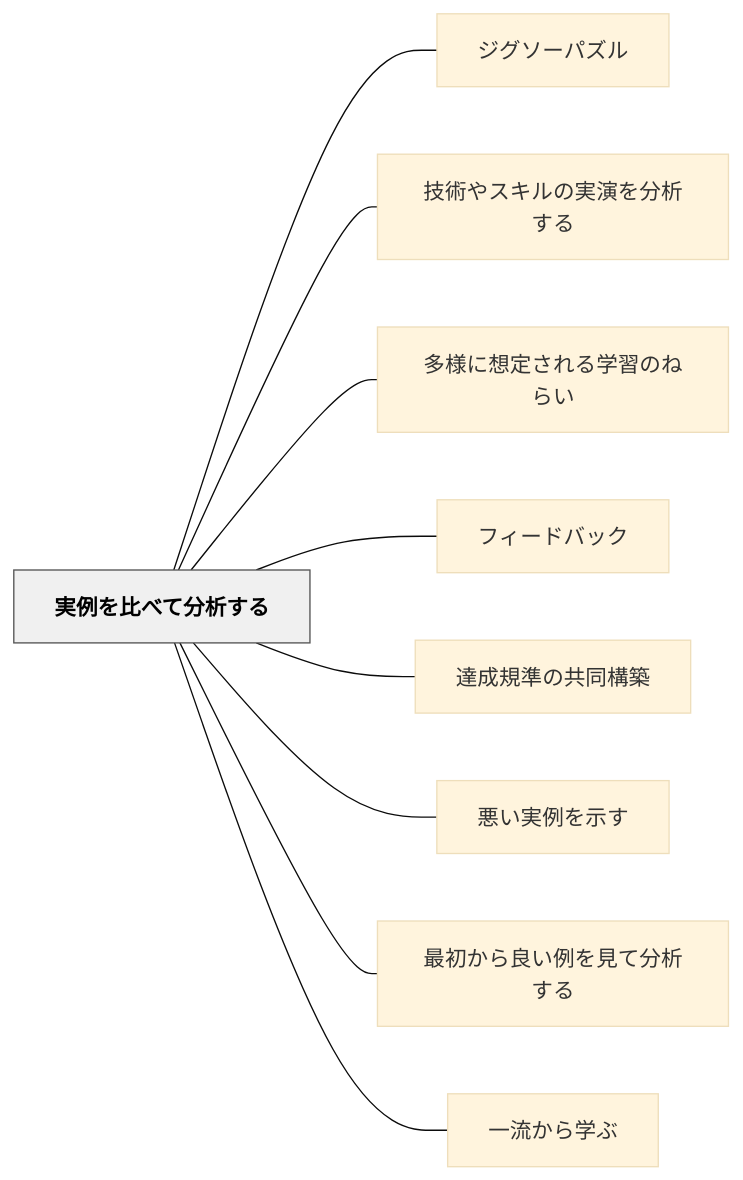
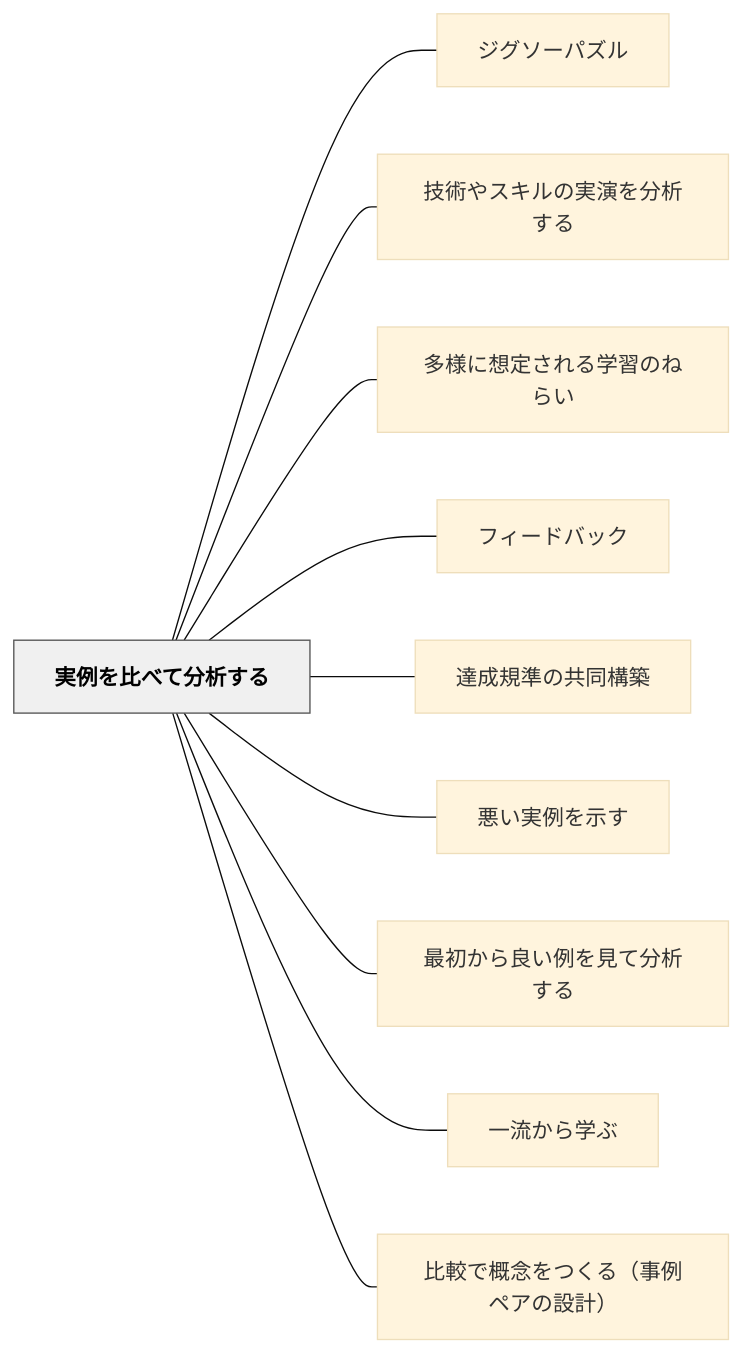
One commit to unknownthings-ed-patterns/unknownthings-ed-patterns changed the diagram in content/パタン/実例を比べて分析する.md. Above: the diagram before and after it, drawn with Mermaid (base theme). The commit also changed other lines of this file and 2 other files, not shown here.

Commit message:
auto: Obsidianから同期 2026-06-13 03:11

````diff
--- a/content/パタン/実例を比べて分析する.md
+++ b/content/パタン/実例を比べて分析する.md
@@ -46,24 +46,26 @@
 ```mermaid
 flowchart LR
     ne5ae9fe4be8be38292e6af94e381b9e381a6e58886e69e90e38199e3828b["実例を比べて分析する"]
     ne382b8e382b0e382bde383bce38391e382bae383ab["ジグソーパズル"]
     ne68a80e8a193e38284e382b9e382ade383abe381aee5ae9fe6bc94e38292e58886e69e90e38199e3828b["技術やスキルの実演を分析する"]
     ne5a49ae6a798e381abe683b3e5ae9ae38195e3828ce3828be5ada6e7bf92e381aee381ade38289e38184["多様に想定される学習のねらい"]
     ne38395e382a3e383bce38389e38390e38383e382af["フィードバック"]
     ne98194e68890e8a68fe6ba96e381aee585b1e5908ce6a78be7af89["達成規準の共同構築"]
     ne682aae38184e5ae9fe4be8be38292e7a4bae38199["悪い実例を示す"]
     ne69c80e5889de3818be38289e889afe38184e4be8be38292e8a68be381a6e58886e69e90e38199e3828b["最初から良い例を見て分析する"]
     ne4b880e6b581e3818be38289e5ada6e381b6["一流から学ぶ"]
+    ne6af94e8bc83e381a7e6a682e5bfb5e38292e381a4e3818fe3828befbc88e4ba8be4be8be3839ae382a2e381aee8a8ade8a888efbc89["比較で概念をつくる（事例ペアの設計）"]
 
     ne5ae9fe4be8be38292e6af94e381b9e381a6e58886e69e90e38199e3828b --- ne382b8e382b0e382bde383bce38391e382bae383ab
     ne5ae9fe4be8be38292e6af94e381b9e381a6e58886e69e90e38199e3828b --- ne68a80e8a193e38284e382b9e382ade383abe381aee5ae9fe6bc94e38292e58886e69e90e38199e3828b
     ne5ae9fe4be8be38292e6af94e381b9e381a6e58886e69e90e38199e3828b --- ne5a49ae6a798e381abe683b3e5ae9ae38195e3828ce3828be5ada6e7bf92e381aee381ade38289e38184
     ne5ae9fe4be8be38292e6af94e381b9e381a6e58886e69e90e38199e3828b --- ne38395e382a3e383bce38389e38390e38383e382af
     ne5ae9fe4be8be38292e6af94e381b9e381a6e58886e69e90e38199e3828b --- ne98194e68890e8a68fe6ba96e381aee585b1e5908ce6a78be7af89
     ne5ae9fe4be8be38292e6af94e381b9e381a6e58886e69e90e38199e3828b --- ne682aae38184e5ae9fe4be8be38292e7a4bae38199
     ne5ae9fe4be8be38292e6af94e381b9e381a6e58886e69e90e38199e3828b --- ne69c80e5889de3818be38289e889afe38184e4be8be38292e8a68be381a6e58886e69e90e38199e3828b
     ne5ae9fe4be8be38292e6af94e381b9e381a6e58886e69e90e38199e3828b --- ne4b880e6b581e3818be38289e5ada6e381b6
+    ne5ae9fe4be8be38292e6af94e381b9e381a6e58886e69e90e38199e3828b --- ne6af94e8bc83e381a7e6a682e5bfb5e38292e381a4e3818fe3828befbc88e4ba8be4be8be3839ae382a2e381aee8a8ade8a888efbc89
 
     classDef hub fill:#f0f0f0,stroke:#555,color:#000,font-weight:bold
     class ne5ae9fe4be8be38292e6af94e381b9e381a6e58886e69e90e38199e3828b hub
 ```
````
